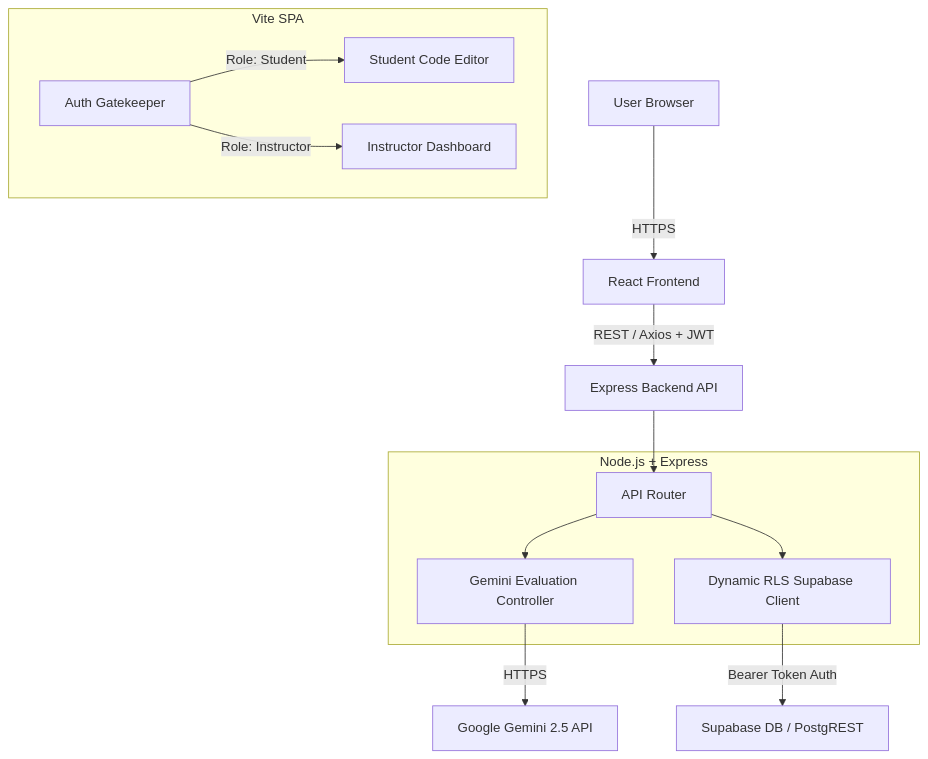
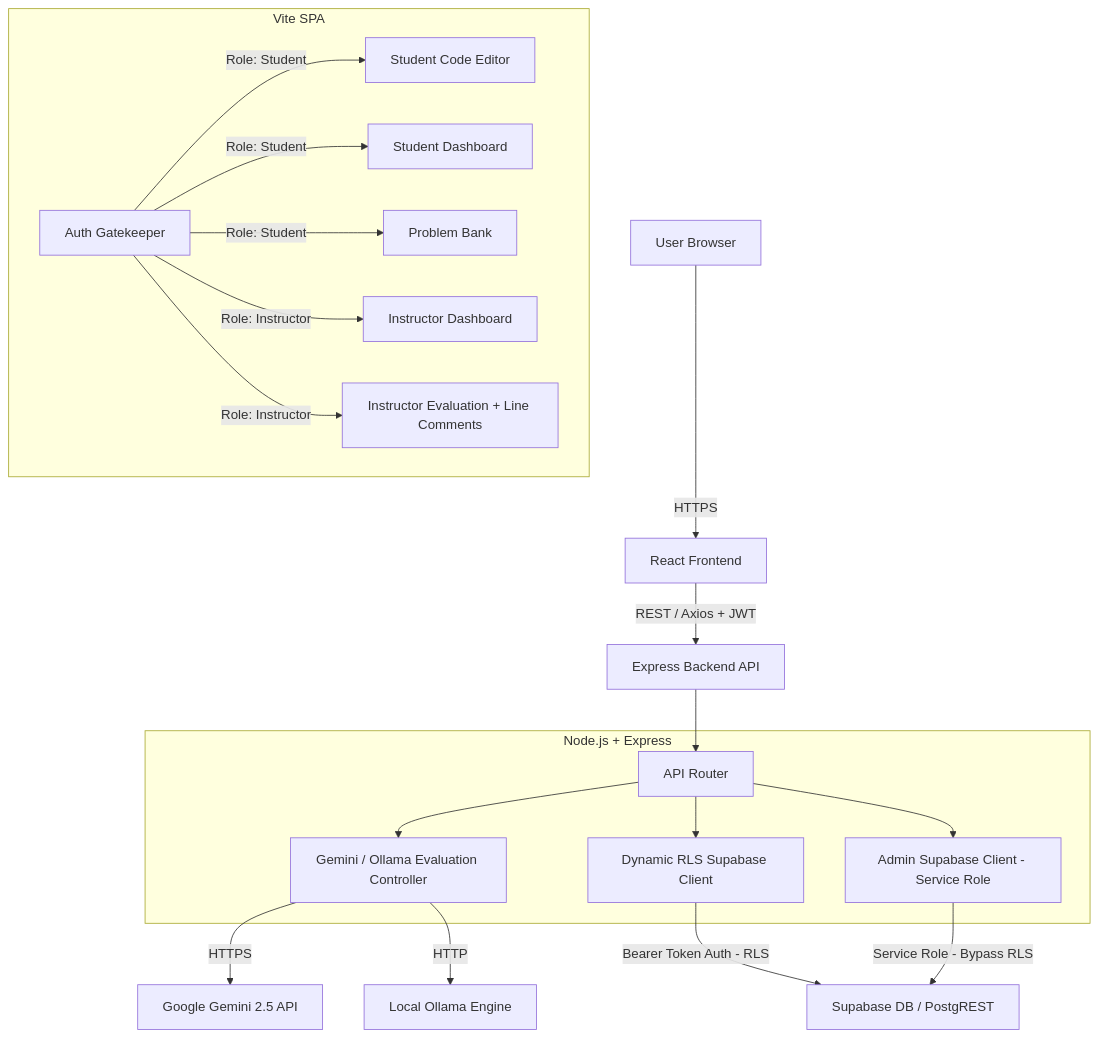
One commit to OCTehckie18/CodeIR changed the diagram in README.md. Above: the diagram before and after it, drawn with Mermaid. The commit also changed other lines of this file, not shown here.

Commit message:
docs: update README with profiles, drafts, review comments, full API table, updated schema and RLS strategy

````diff
--- a/README.md
+++ b/README.md
@@ -15,25 +15,32 @@
 ```mermaid
 graph TD
     User[User Browser] -->|HTTPS| React[React Frontend]
-    
+
     subgraph Frontend [Vite SPA]
         Auth[Auth Gatekeeper]
         Auth -->|Role: Student| Editor[Student Code Editor]
-        Auth -->|Role: Instructor| Eval[Instructor Dashboard]
+        Auth -->|Role: Student| Dash[Student Dashboard]
+        Auth -->|Role: Student| Problems[Problem Bank]
+        Auth -->|Role: Instructor| IDash[Instructor Dashboard]
+        Auth -->|Role: Instructor| Eval[Instructor Evaluation + Line Comments]
     end
 
     React -->|REST / Axios + JWT| API[Express Backend API]
 
     subgraph Backend [Node.js + Express]
         Router[API Router]
-        EvalController[Gemini Evaluation Controller]
+        EvalController[Gemini / Ollama Evaluation Controller]
         DBController[Dynamic RLS Supabase Client]
+        AdminClient[Admin Supabase Client - Service Role]
     end
 
     API --> Router
     Router --> EvalController
     Router --> DBController
+    Router --> AdminClient
 
     EvalController -->|HTTPS| Gemini[Google Gemini 2.5 API]
-    DBController -->|Bearer Token Auth| SB[Supabase DB / PostgREST]
+    EvalController -->|HTTP| Ollama[Local Ollama Engine]
+    DBController -->|Bearer Token Auth - RLS| SB[Supabase DB / PostgREST]
+    AdminClient -->|Service Role - Bypass RLS| SB
 ```
````
